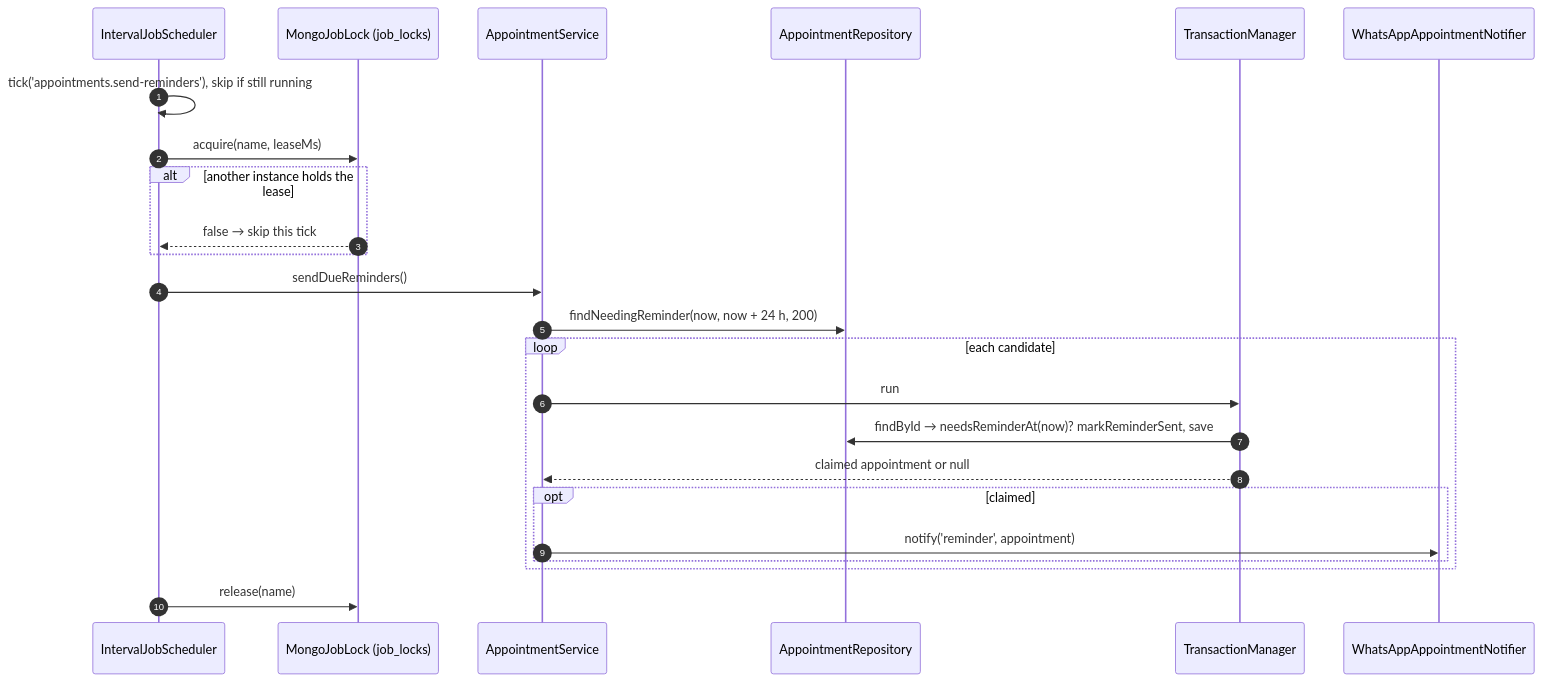
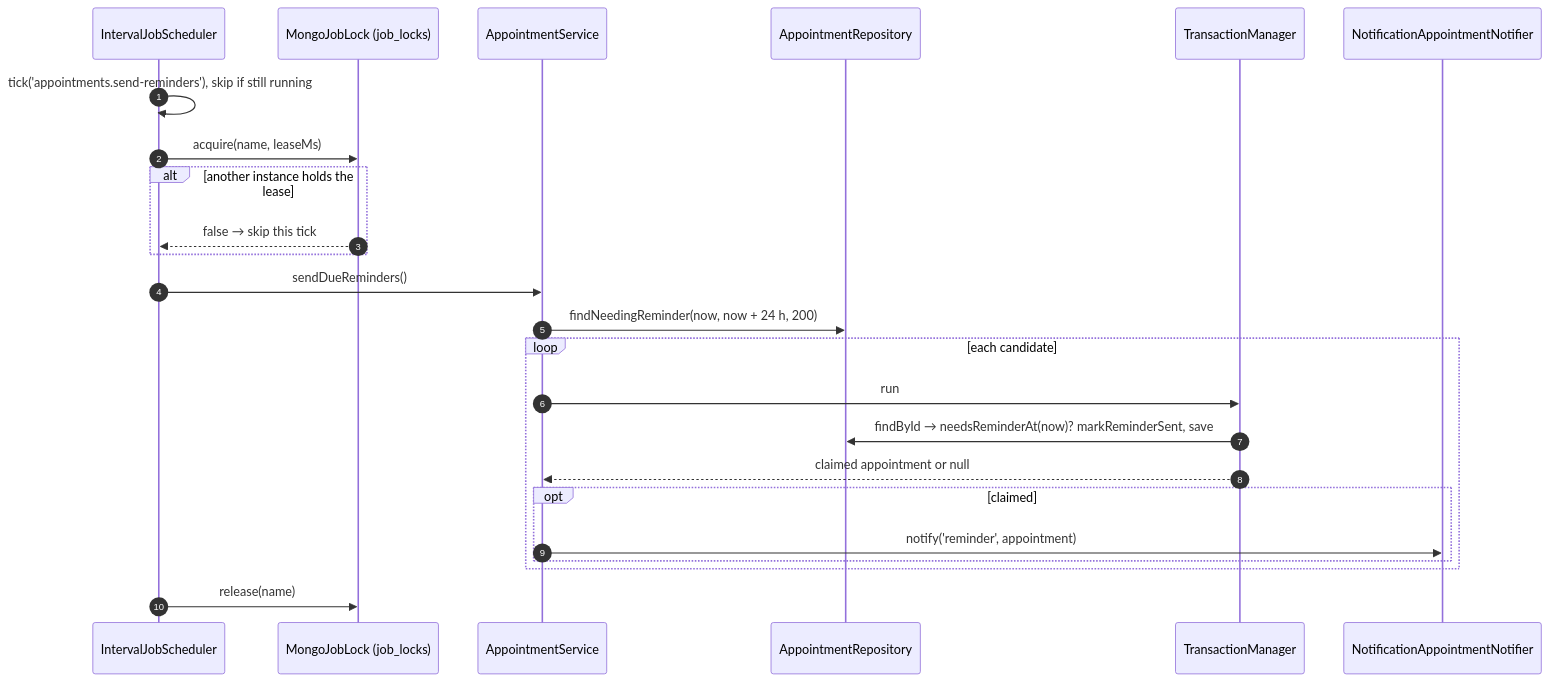
The seventh of 11 diagrams in docs/architecture/sequence-diagrams.md (Org-Mentora/mentora-diploma), drawn with Mermaid before and after one commit. The commit also changed other lines of this file and 1 other file, not shown here.

Commit message:
docs(architecture): show the agenda lock and email fallback in the booking sequence

````diff
--- a/docs/architecture/sequence-diagrams.md
+++ b/docs/architecture/sequence-diagrams.md
@@ -286,27 +295,27 @@
 ```mermaid
 sequenceDiagram
   autonumber
   participant SCH as IntervalJobScheduler
   participant LK as MongoJobLock (job_locks)
   participant S as AppointmentService
   participant AR as AppointmentRepository
   participant T as TransactionManager
-  participant N as WhatsAppAppointmentNotifier
+  participant N as NotificationAppointmentNotifier
 
   SCH->>SCH: tick('appointments.send-reminders'), skip if still running
   SCH->>LK: acquire(name, leaseMs)
   alt another instance holds the lease
     LK-->>SCH: false → skip this tick
   end
   SCH->>S: sendDueReminders()
   S->>AR: findNeedingReminder(now, now + 24 h, 200)
   loop each candidate
     S->>T: run
     T->>AR: findById → needsReminderAt(now)? markReminderSent, save
     T-->>S: claimed appointment or null
     opt claimed
       S->>N: notify('reminder', appointment)
     end
   end
   SCH->>LK: release(name)
 ```
````
